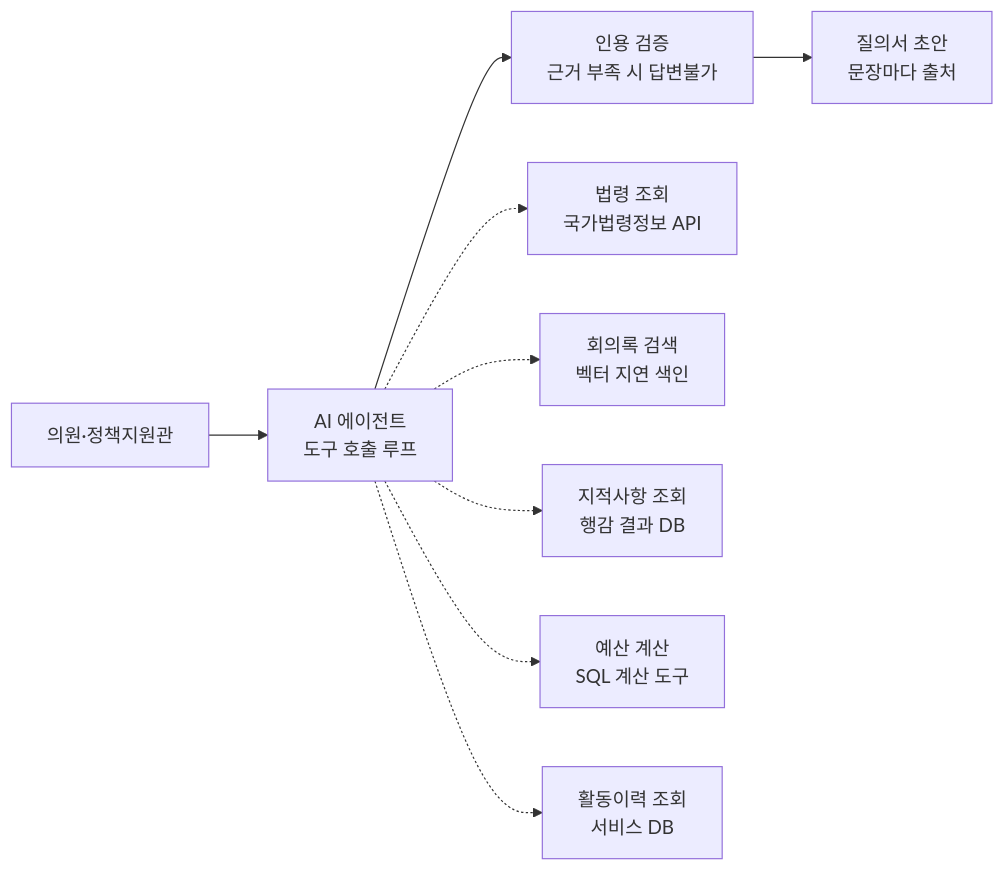
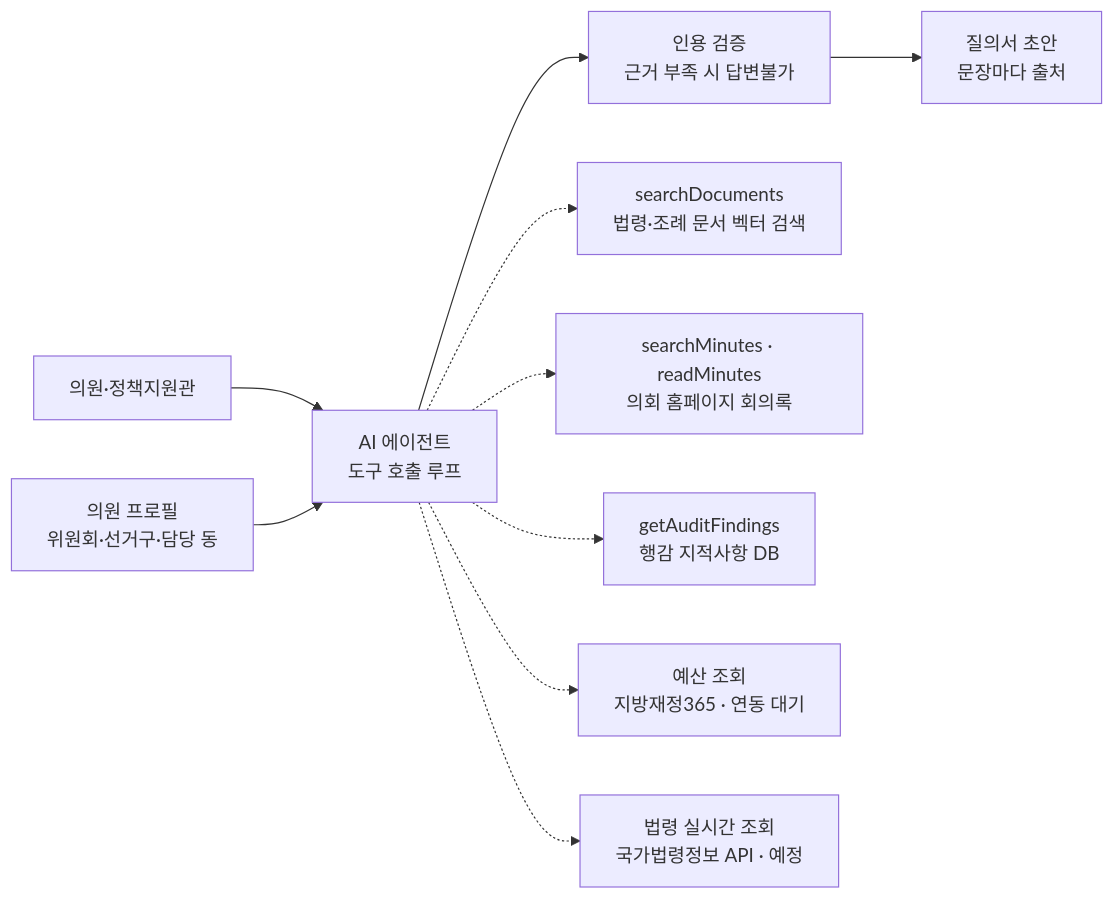
One commit to choby-pm/local_council_ai changed the diagram in docs/03-data-and-architecture.md. Above: the diagram before and after it, drawn with Mermaid. The commit also changed other lines of this file and 1 other file, not shown here.

Commit message:
README·데이터 문서에 v1 구현 상태 반영
- 핵심 기능을 질의 후보 카드 기준으로 다시 씀 (신호 4종, 화면별 AI 사용 여부)
- 7단계 표: 4단계 완료(예산 API 대기), 5단계 구현 완료·평가 예정
- 구조도를 실제 도구(searchDocuments, searchMinutes·readMinutes, getAuditFindings)와 대기·예정 도구로 구분
- 로컬 실행에 의원 명단 동기화·지적사항 추출 스크립트 추가

````diff
--- a/docs/03-data-and-architecture.md
+++ b/docs/03-data-and-architecture.md
@@ -28,11 +28,12 @@
 ```mermaid
 flowchart LR
     U[의원·정책지원관] --> A[AI 에이전트<br/>도구 호출 루프]
     A --> V[인용 검증<br/>근거 부족 시 답변불가]
     V --> R[질의서 초안<br/>문장마다 출처]
-    A -.-> T1[법령 조회<br/>국가법령정보 API]
-    A -.-> T2[회의록 검색<br/>벡터 지연 색인]
-    A -.-> T3[지적사항 조회<br/>행감 결과 DB]
-    A -.-> T4[예산 계산<br/>SQL 계산 도구]
-    A -.-> T5[활동이력 조회<br/>서비스 DB]
+    P[의원 프로필<br/>위원회·선거구·담당 동] --> A
+    A -.-> T1[searchDocuments<br/>법령·조례 문서 벡터 검색]
+    A -.-> T2[searchMinutes · readMinutes<br/>의회 홈페이지 회의록]
+    A -.-> T3[getAuditFindings<br/>행감 지적사항 DB]
+    A -.-> T4[예산 조회<br/>지방재정365 · 연동 대기]
+    A -.-> T5[법령 실시간 조회<br/>국가법령정보 API · 예정]
 ```
````
